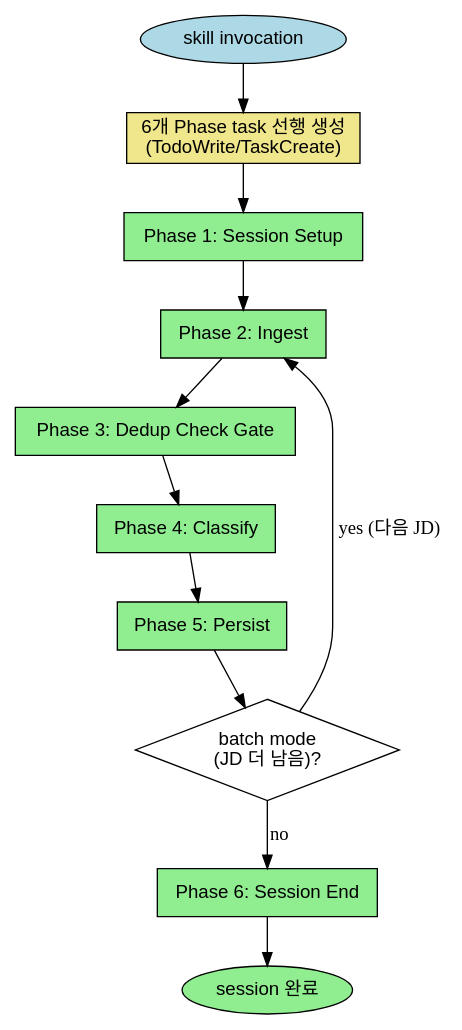
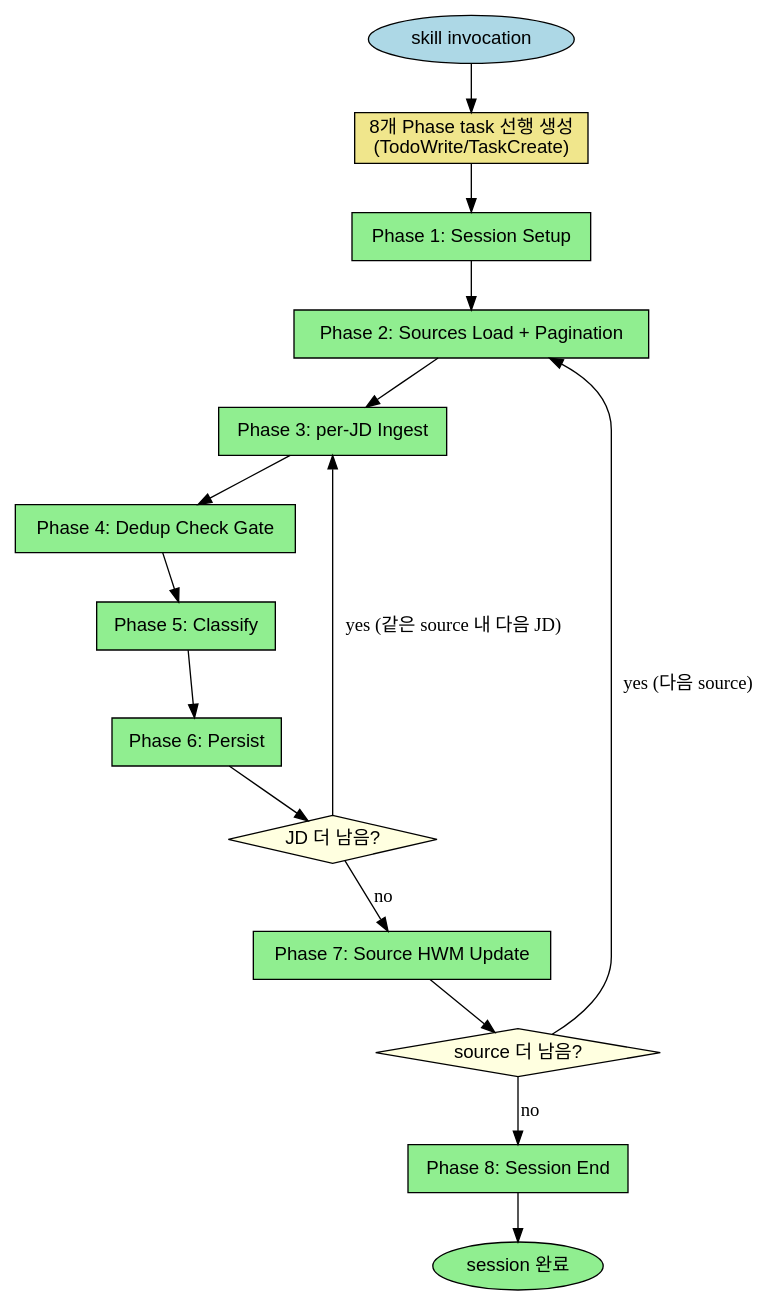
One commit to toongri/oh-my-toong-playground changed the second of 6 diagrams in skills/collect-jd/reference/rules.md. Above: the diagram before and after it, drawn with Graphviz. The commit also changed other lines of this file and 1 other file, not shown here.

````diff
--- a/skills/collect-jd/reference/rules.md
+++ b/skills/collect-jd/reference/rules.md
@@ -114,28 +139,35 @@
 ```dot
 digraph phase_task_creation {
   rankdir=TB;
   node [shape=box, fontname="Helvetica"];
 
   trigger [label="skill invocation", shape=ellipse, style=filled, fillcolor=lightblue];
-  create_tasks [label="6개 Phase task 선행 생성\n(TodoWrite/TaskCreate)", style=filled, fillcolor=khaki];
+  create_tasks [label="8개 Phase task 선행 생성\n(TodoWrite/TaskCreate)", style=filled, fillcolor=khaki];
   session_setup [label="Phase 1: Session Setup", style=filled, fillcolor=lightgreen];
-  ingest [label="Phase 2: Ingest", style=filled, fillcolor=lightgreen];
-  dedup [label="Phase 3: Dedup Check Gate", style=filled, fillcolor=lightgreen];
-  classify [label="Phase 4: Classify", style=filled, fillcolor=lightgreen];
-  persist [label="Phase 5: Persist", style=filled, fillcolor=lightgreen];
-  batch_decision [label="batch mode\n(JD 더 남음)?", shape=diamond];
-  session_end [label="Phase 6: Session End", style=filled, fillcolor=lightgreen];
+  sources_load_pagination [label="Phase 2: Sources Load + Pagination", style=filled, fillcolor=lightgreen];
+  per_jd_ingest [label="Phase 3: per-JD Ingest", style=filled, fillcolor=lightgreen];
+  dedup [label="Phase 4: Dedup Check Gate", style=filled, fillcolor=lightgreen];
+  classify [label="Phase 5: Classify", style=filled, fillcolor=lightgreen];
+  persist [label="Phase 6: Persist", style=filled, fillcolor=lightgreen];
+  batch_jd_decision [label="JD 더 남음?", shape=diamond, style=filled, fillcolor=lightyellow];
+  source_hwm_update [label="Phase 7: Source HWM Update", style=filled, fillcolor=lightgreen];
+  batch_source_decision [label="source 더 남음?", shape=diamond, style=filled, fillcolor=lightyellow];
+  session_end [label="Phase 8: Session End", style=filled, fillcolor=lightgreen];
   done [label="session 완료", shape=ellipse, style=filled, fillcolor=lightgreen];
 
   trigger -> create_tasks;
   create_tasks -> session_setup;
-  session_setup -> ingest;
-  ingest -> dedup;
+  session_setup -> sources_load_pagination;
+  sources_load_pagination -> per_jd_ingest;
+  per_jd_ingest -> dedup;
   dedup -> classify;
   classify -> persist;
-  persist -> batch_decision;
-  batch_decision -> ingest [label="yes (다음 JD)"];
-  batch_decision -> session_end [label="no"];
+  persist -> batch_jd_decision;
+  batch_jd_decision -> per_jd_ingest [label="yes (같은 source 내 다음 JD)"];
+  batch_jd_decision -> source_hwm_update [label="no"];
+  source_hwm_update -> batch_source_decision;
+  batch_source_decision -> sources_load_pagination [label="yes (다음 source)"];
+  batch_source_decision -> session_end [label="no"];
   session_end -> done;
 }
 ```
````
